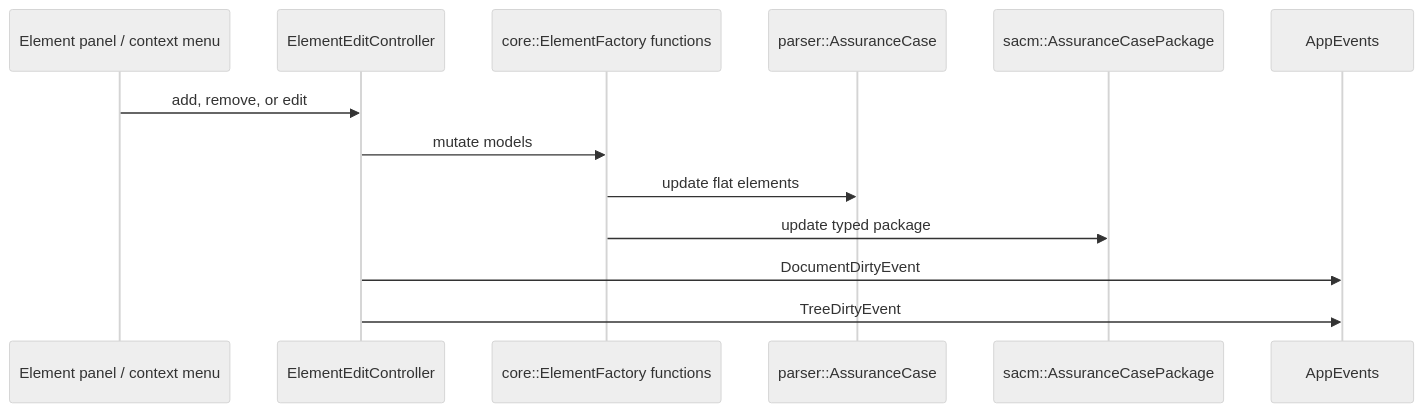
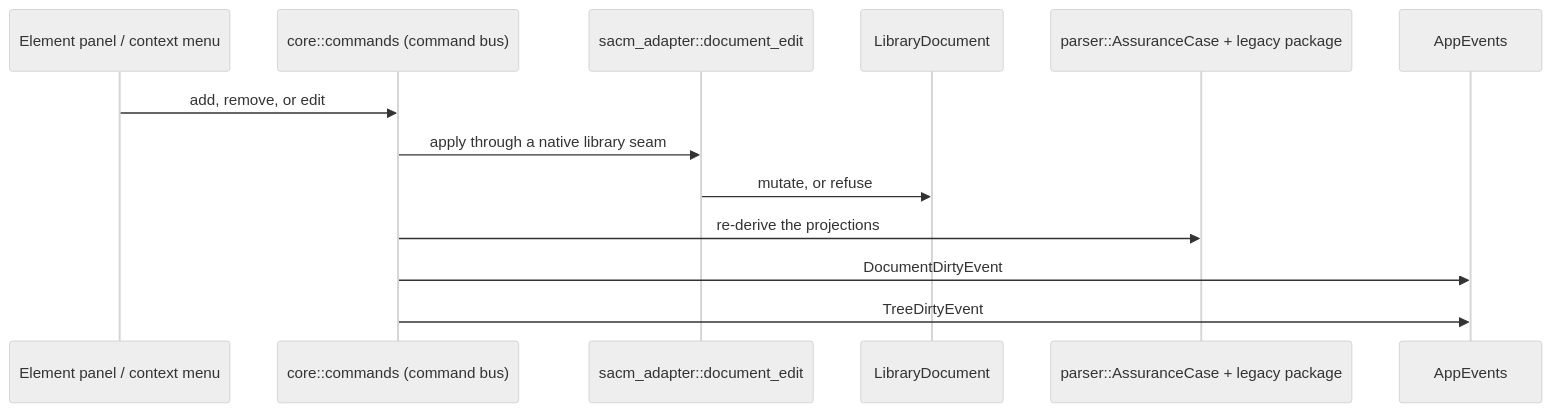
The fourth of 4 diagrams in docs/architecture/parser-sacm.md (lasrod/assurance-forge), drawn with Mermaid (neutral theme) before and after one commit. The commit also changed other lines of this file and 24 other files, not shown here.

````diff
--- a/docs/architecture/parser-sacm.md
+++ b/docs/architecture/parser-sacm.md
@@ -155,16 +164,16 @@
 ```mermaid
 sequenceDiagram
     participant UI as Element panel / context menu
-    participant Controller as ElementEditController
-    participant Factory as core::ElementFactory functions
-    participant Parser as parser::AssuranceCase
-    participant Sacm as sacm::AssuranceCasePackage
+    participant Bus as core::commands (command bus)
+    participant Seam as sacm_adapter::document_edit
+    participant Document as LibraryDocument
+    participant Views as parser::AssuranceCase + legacy package
     participant Events as AppEvents
 
-    UI->>Controller: add, remove, or edit
-    Controller->>Factory: mutate models
-    Factory->>Parser: update flat elements
-    Factory->>Sacm: update typed package
-    Controller->>Events: DocumentDirtyEvent
-    Controller->>Events: TreeDirtyEvent
+    UI->>Bus: add, remove, or edit
+    Bus->>Seam: apply through a native library seam
+    Seam->>Document: mutate, or refuse
+    Bus->>Views: re-derive the projections
+    Bus->>Events: DocumentDirtyEvent
+    Bus->>Events: TreeDirtyEvent
 ```
````
